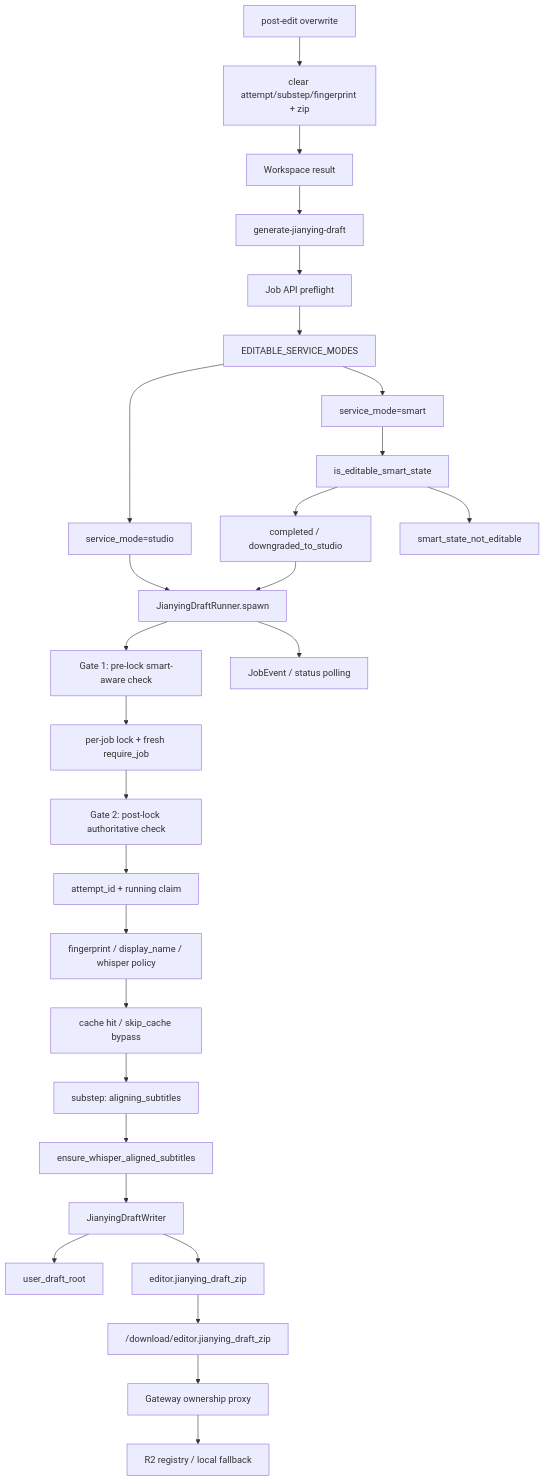
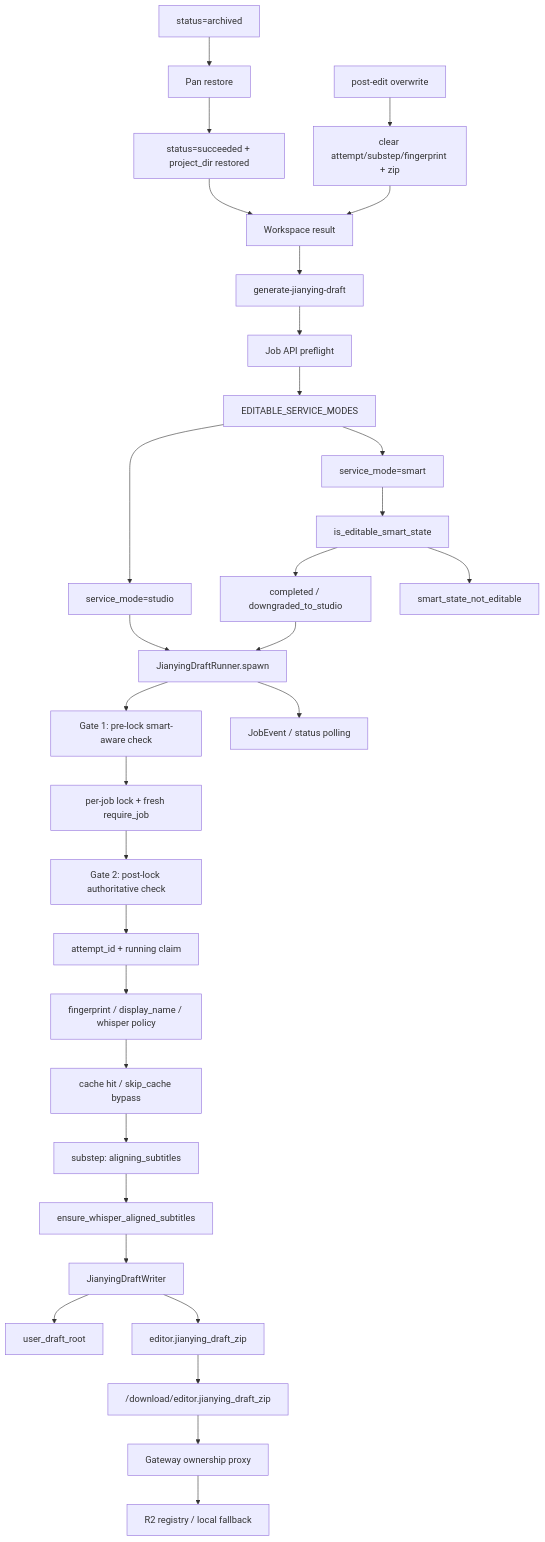
One commit to sun9bear/AITransVideo changed the diagram in docs/graphs/GITNEXUS_JIANYING_DRAFT_DELIVERY_GRAPH.md. Above: the diagram before and after it, drawn with Mermaid. The commit also changed other lines of this file and 14 other files, not shown here.

Commit message:
docs(graphs): refresh GitNexus project maps

````diff
--- a/docs/graphs/GITNEXUS_JIANYING_DRAFT_DELIVERY_GRAPH.md
+++ b/docs/graphs/GITNEXUS_JIANYING_DRAFT_DELIVERY_GRAPH.md
@@ -18,33 +19,36 @@
 ```mermaid
 graph TD
     ResultUI["Workspace result"] --> Trigger["generate-jianying-draft"]
+    Archived["status=archived"] --> Restore["Pan restore"]
+    Restore --> Restored["status=succeeded + project_dir restored"]
+    Restored --> ResultUI
     Trigger --> ApiPreflight["Job API preflight"]
     ApiPreflight --> ModeGate["EDITABLE_SERVICE_MODES"]
     ModeGate --> Studio["service_mode=studio"]
     ModeGate --> Smart["service_mode=smart"]
     Smart --> SmartState["is_editable_smart_state"]
     SmartState --> SmartOk["completed / downgraded_to_studio"]
     SmartState --> SmartReject["smart_state_not_editable"]
 
     Studio --> Runner["JianyingDraftRunner.spawn"]
     SmartOk --> Runner
     Runner --> Gate1["Gate 1: pre-lock smart-aware check"]
     Gate1 --> Lock["per-job lock + fresh require_job"]
     Lock --> Gate2["Gate 2: post-lock authoritative check"]
     Gate2 --> Claim["attempt_id + running claim"]
     Claim --> Fingerprint["fingerprint / display_name / whisper policy"]
     Fingerprint --> Cache["cache hit / skip_cache bypass"]
     Cache --> AlignStep["substep: aligning_subtitles"]
     AlignStep --> Ensure["ensure_whisper_aligned_subtitles"]
     Ensure --> Writer["JianyingDraftWriter"]
     Writer --> UserRoot["user_draft_root"]
     Writer --> Zip["editor.jianying_draft_zip"]
 
     Runner --> Events["JobEvent / status polling"]
     Zip --> Download["/download/editor.jianying_draft_zip"]
     Download --> Gateway["Gateway ownership proxy"]
     Gateway --> Storage["R2 registry / local fallback"]
 
     EditCommit["post-edit overwrite"] --> Invalidate["clear attempt/substep/fingerprint + zip"]
     Invalidate --> ResultUI
 ```
````
